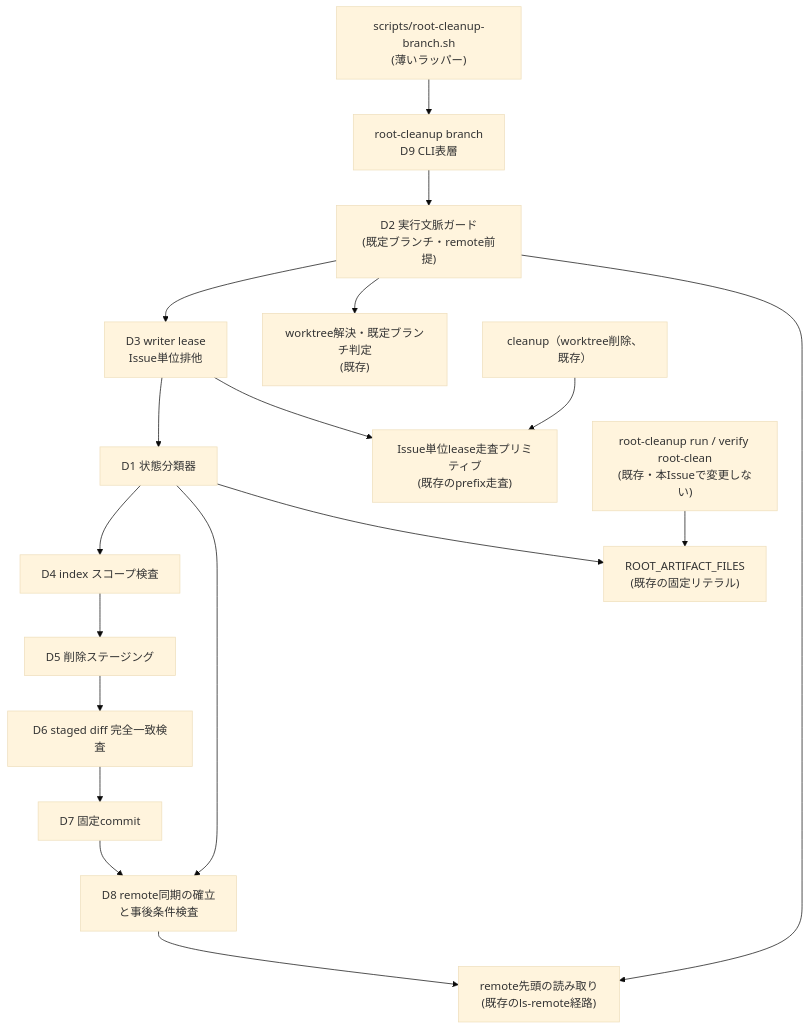
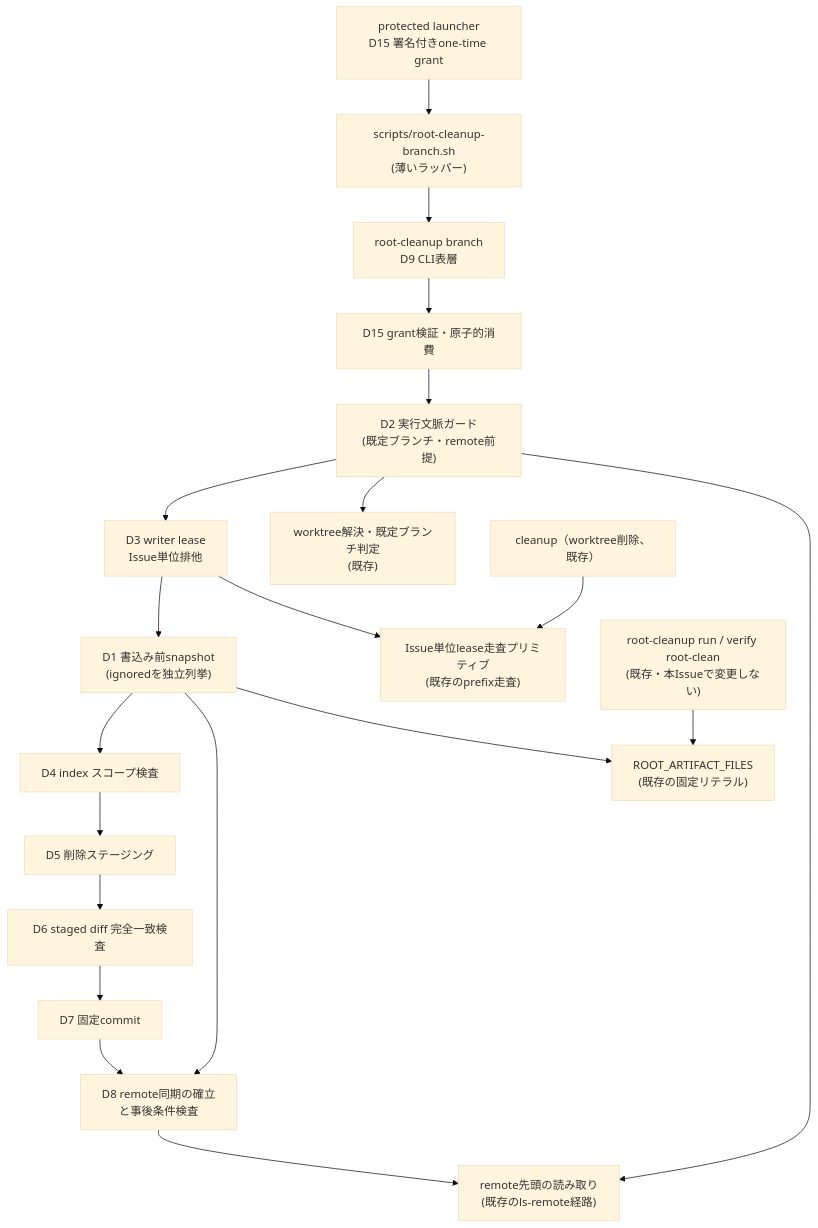
The first of 2 diagrams in DESIGN.md (techbeansjp-free/AGENTS.md), drawn with Mermaid (base theme) before and after one commit. The commit also changed other lines of this file and 2 other files, not shown here.

Commit message:
docs(design): harden root cleanup authority boundary

````diff
--- a/DESIGN.md
+++ b/DESIGN.md
@@ -98,20 +112,22 @@
 ```mermaid
 graph TD
-    Wrapper["scripts/root-cleanup-branch.sh<br/>(薄いラッパー)"] --> CLI["root-cleanup branch<br/>D9 CLI表層"]
-    CLI --> Guard["D2 実行文脈ガード<br/>(既定ブランチ・remote前提)"]
+    Launcher["protected launcher<br/>D15 署名付きone-time grant"] --> Wrapper["scripts/root-cleanup-branch.sh<br/>(薄いラッパー)"]
+    Wrapper --> CLI["root-cleanup branch<br/>D9 CLI表層"]
+    CLI --> Auth["D15 grant検証・原子的消費"]
+    Auth --> Guard["D2 実行文脈ガード<br/>(既定ブランチ・remote前提)"]
     Guard --> Lease["D3 writer lease<br/>Issue単位排他"]
-    Lease --> Classify["D1 状態分類器"]
+    Lease --> Classify["D1 書込み前snapshot<br/>(ignoredを独立列挙)"]
     Classify --> Scope["D4 index スコープ検査"]
     Scope --> Stage["D5 削除ステージング"]
     Stage --> Verify["D6 staged diff 完全一致検査"]
     Verify --> Commit["D7 固定commit"]
     Commit --> Sync["D8 remote同期の確立<br/>と事後条件検査"]
     Classify --> Sync
     Guard --> Worktree["worktree解決・既定ブランチ判定<br/>(既存)"]
     Guard --> Remote["remote先頭の読み取り<br/>(既存のls-remote経路)"]
     Sync --> Remote
     Lease --> LeasePrim["Issue単位lease走査プリミティブ<br/>(既存のprefix走査)"]
     Classify --> Files["ROOT_ARTIFACT_FILES<br/>(既存の固定リテラル)"]
     Cleanup["cleanup（worktree削除、既存）"] --> LeasePrim
     Existing["root-cleanup run / verify root-clean<br/>(既存・本Issueで変更しない)"] --> Files
 ```
````
